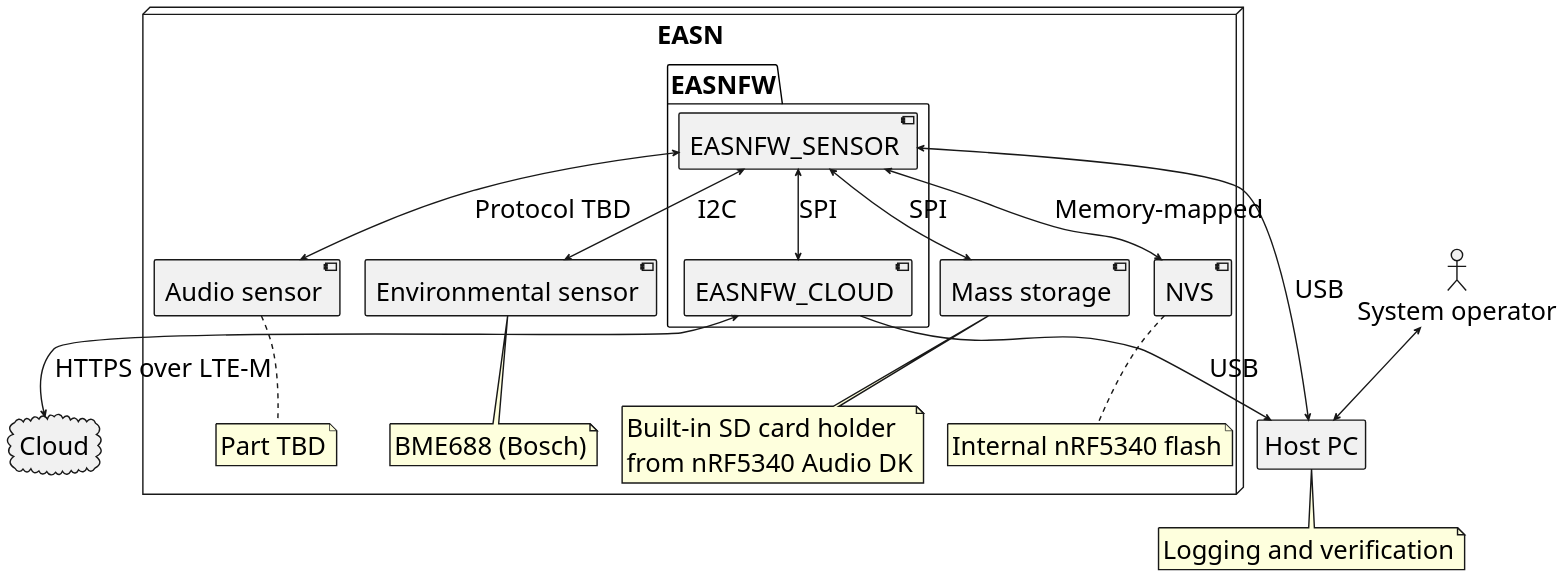
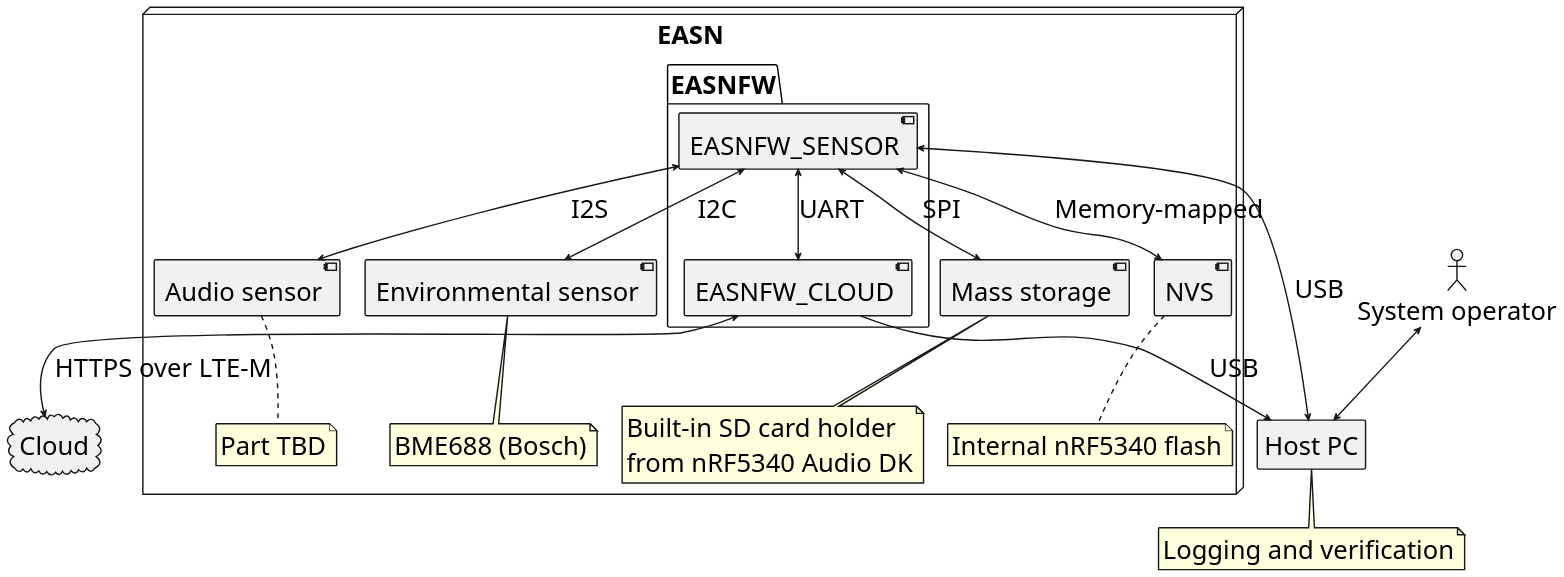
The diagram in docs/sphinx/source/diagrams/sys_arch.puml (hslourenc/easnfw), drawn with PlantUML before and after one commit. The commit also changed 10 other files, not shown here.

Commit message:
Refine EASN data, audio, verification, and backend architecture (#6)

```diff
--- a/docs/sphinx/source/diagrams/sys_arch.puml
+++ b/docs/sphinx/source/diagrams/sys_arch.puml
@@ -1,61 +1,61 @@
 @startuml
 skinparam defaultFontSize 36
 skinparam ArrowThickness 2
 skinparam CloudBorderThickness 2
 skinparam AgentBorderThickness 2
 skinparam ActorBorderThickness 2
 skinparam NodeBorderThickness 2
 skinparam PackageBorderThickness 2
 skinparam NoteBorderThickness 2
 skinparam ComponentBorderThickness 2
 
 cloud Cloud
 agent "Host PC" as Host_PC
 note bottom of Host_PC
 Logging and verification
 end note
 actor "System operator" as System_operator
 
 node "EASN" {
     package "EASNFW" {
         [EASNFW_SENSOR]
         [EASNFW_CLOUD]
     }
     [Audio sensor]
     note bottom of [Audio sensor]
         Part TBD
     end note
     [Environmental sensor]
     note bottom of [Environmental sensor]
         BME688 (Bosch)
     end note
     [Mass storage]
     note bottom of [Mass storage]
         Built-in SD card holder
         from nRF5340 Audio DK
     end note
     [NVS]
     note bottom of [NVS]
         Internal nRF5340 flash
     end note
     /'
     [Backup storage]
     note bottom of [Backup storage]
         Built-in external flash memory
         from nRF9151 SMA DK
     end note
     '/
 }
 
-[EASNFW_SENSOR] <--> [Audio sensor]                  : Protocol TBD
+[EASNFW_SENSOR] <--> [Audio sensor]                  : I2S
 [EASNFW_SENSOR] <--> [Environmental sensor]          : I2C
 [EASNFW_SENSOR] <--> Host_PC                         : USB
 [EASNFW_SENSOR] <--> [Mass storage]                  : SPI
 [EASNFW_SENSOR] <--> [NVS]                           : Memory-mapped
-[EASNFW_SENSOR] <--> [EASNFW_CLOUD]                  : SPI
+[EASNFW_SENSOR] <--> [EASNFW_CLOUD]                  : UART
 [EASNFW_CLOUD]  <--> Cloud                           : HTTPS over LTE-M
 [EASNFW_CLOUD]   --> Host_PC                         : USB
 ' [EASNFW_CLOUD]  <--> [Backup storage]        : SPI
 System_operator <--> Host_PC
 
 @enduml
```
